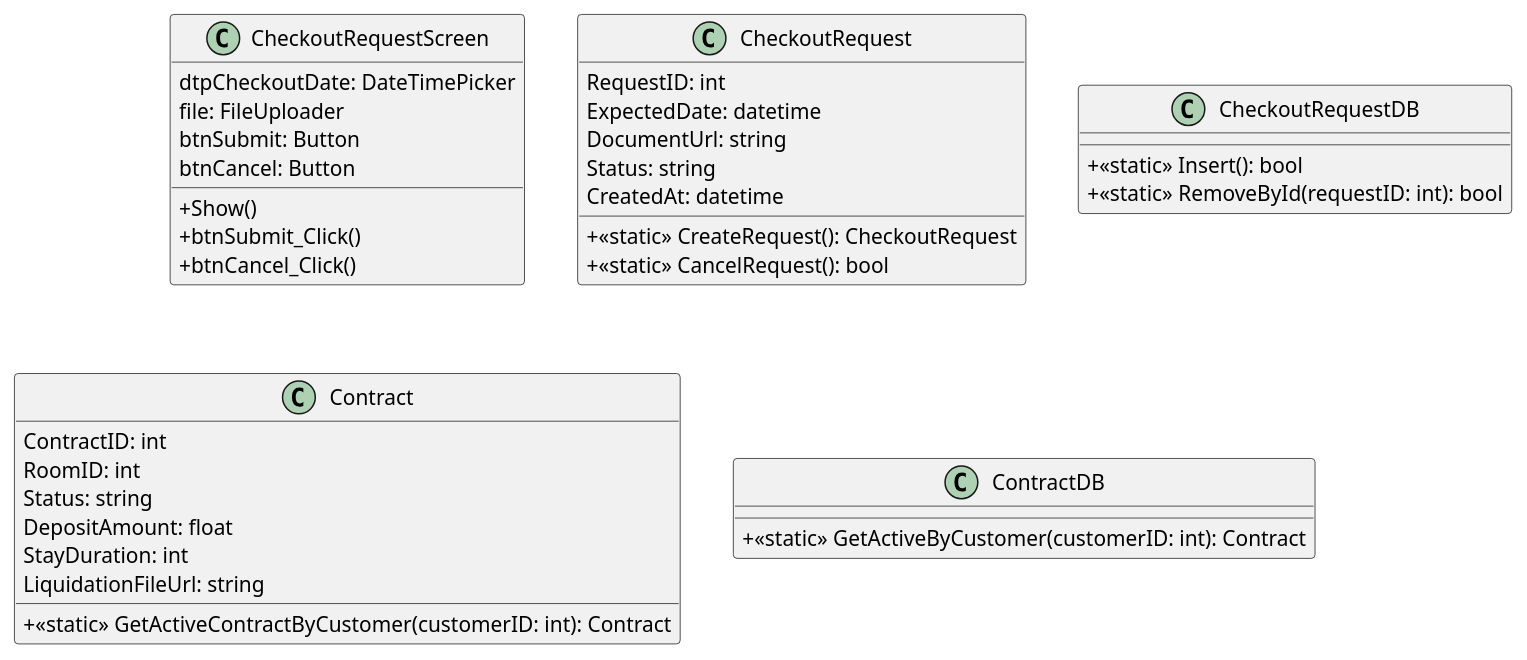
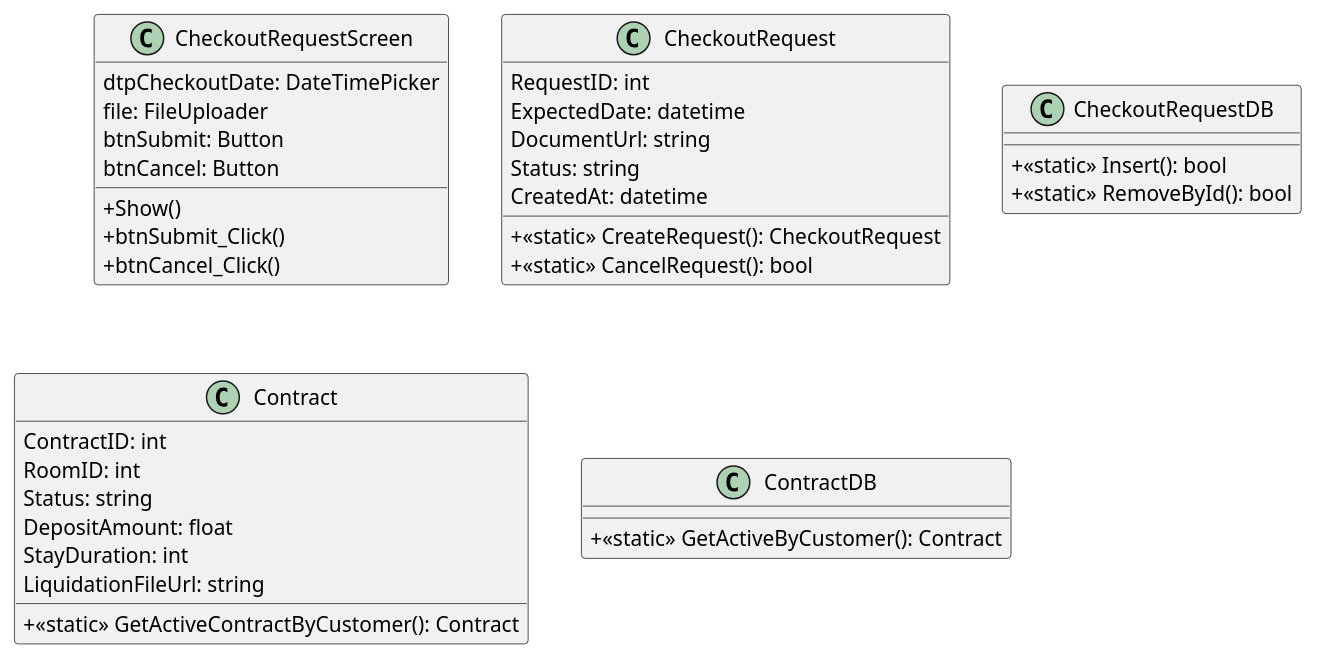
One commit to Gnourt812005/HCMUS-Analyze-and-desgin-IS changed the diagram in tra_phong/class/tao_yeu_cau_tra_phong_class.wsd. Above: the diagram before and after it, drawn with PlantUML. The commit also changed 7 other files, not shown here.

Commit message:
quangdo/tra_phong: added class and sequence diagram for quan_ly_tra_phong, reviewed some sequence diagrams

```diff
--- a/tra_phong/class/tao_yeu_cau_tra_phong_class.wsd
+++ b/tra_phong/class/tao_yeu_cau_tra_phong_class.wsd
@@ -1,43 +1,43 @@
 @startuml
 skinparam classAttributeIconSize 0
 
 class CheckoutRequestScreen {
   dtpCheckoutDate: DateTimePicker
   file: FileUploader
   btnSubmit: Button
   btnCancel: Button
   + Show()
   + btnSubmit_Click()
   + btnCancel_Click()
 }
 
 class CheckoutRequest {
   RequestID: int
   ExpectedDate: datetime
   DocumentUrl: string
   Status: string
   CreatedAt: datetime
   + <<static>> CreateRequest(): CheckoutRequest
   + <<static>> CancelRequest(): bool
 }
 
 class CheckoutRequestDB {
   + <<static>> Insert(): bool
-  + <<static>> RemoveById(requestID: int): bool
+  + <<static>> RemoveById(): bool
 }
 
 class Contract {
   ContractID: int
   RoomID: int
   Status: string
   DepositAmount: float
   StayDuration: int
   LiquidationFileUrl: string
-  + <<static>> GetActiveContractByCustomer(customerID: int): Contract
+  + <<static>> GetActiveContractByCustomer(): Contract
 }
 
 class ContractDB {
-  + <<static>> GetActiveByCustomer(customerID: int): Contract
+  + <<static>> GetActiveByCustomer(): Contract
 }
 
 @enduml
```
